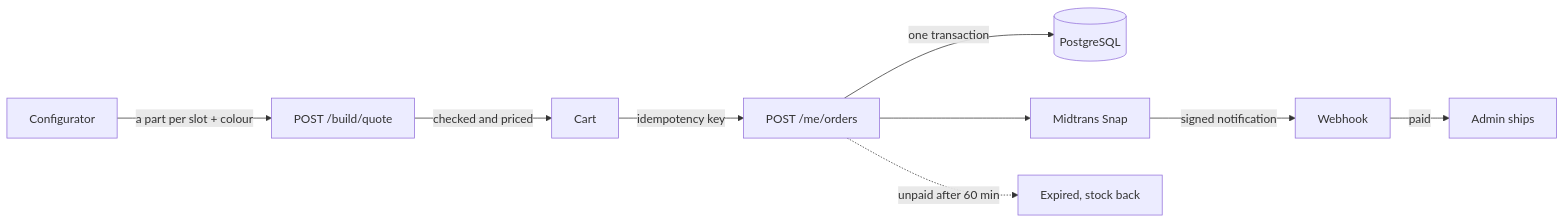
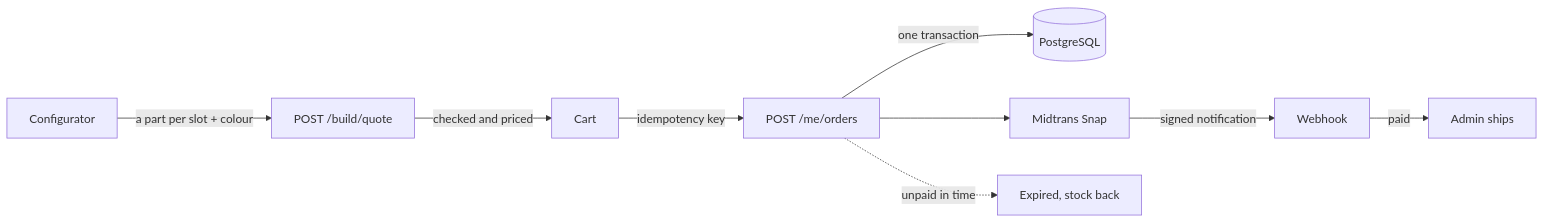
One commit to yogigaek/gear-store changed the diagram in README.md. Above: the diagram before and after it, drawn with Mermaid. The commit also changed other lines of this file and 4 other files, not shown here.

Commit message:
docs: friendlier README with screenshots, badges and a step-by-step order flow

````diff
--- a/README.md
+++ b/README.md
@@ -34,11 +75,11 @@
 ```mermaid
 flowchart LR
   A[Configurator] -->|a part per slot + colour| B[POST /build/quote]
   B -->|checked and priced| C[Cart]
   C -->|idempotency key| D[POST /me/orders]
   D -->|one transaction| E[(PostgreSQL)]
   D --> F[Midtrans Snap]
   F -->|signed notification| G[Webhook]
   G -->|paid| H[Admin ships]
-  D -.->|unpaid after 60 min| I[Expired, stock back]
+  D -.->|unpaid in time| I[Expired, stock back]
 ```
````
